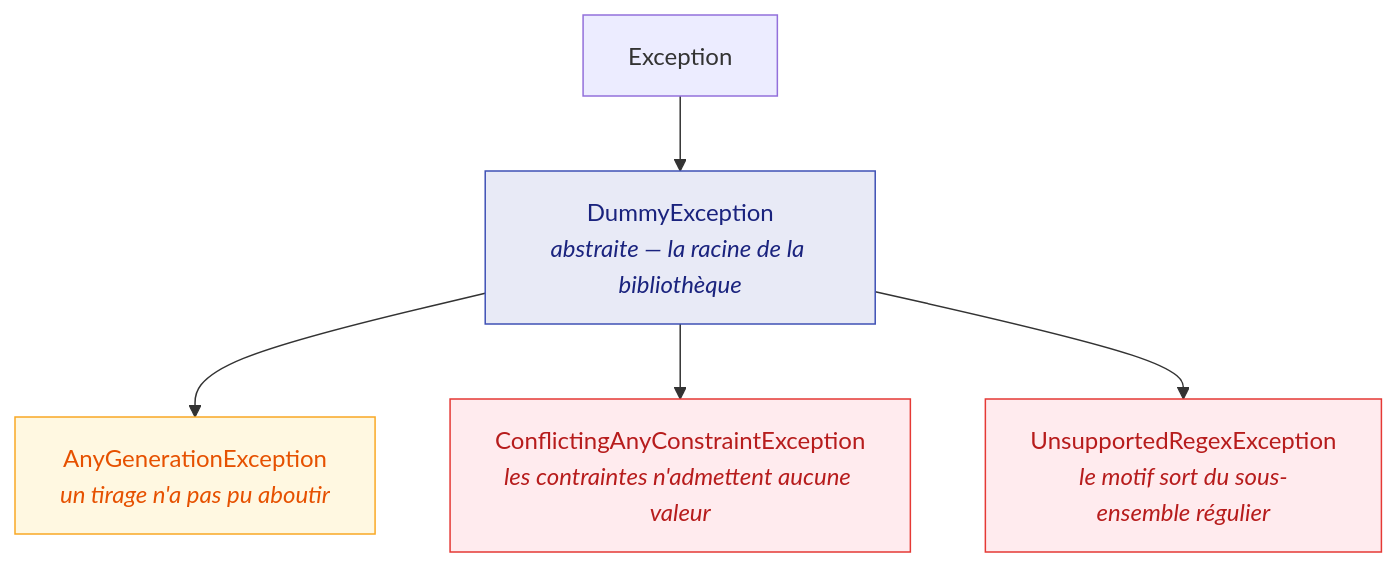
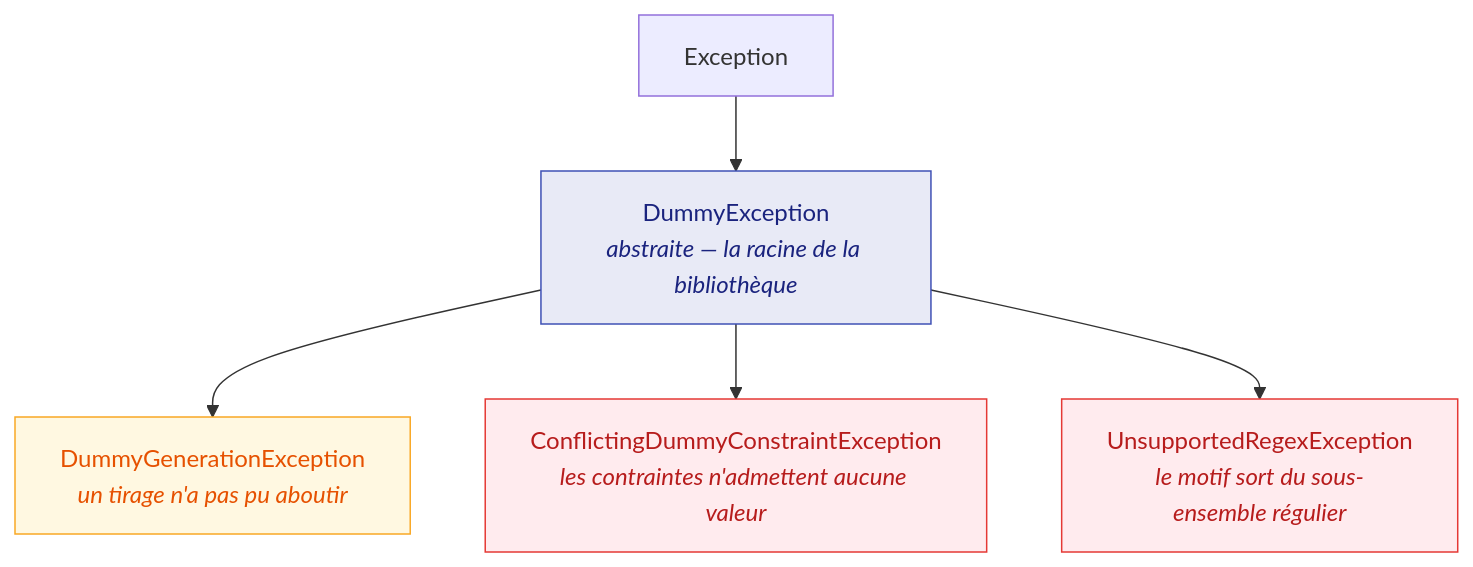
Before and after one commit to Reefact/just-dummies: the diagram in doc/handwritten/for-users/guides/errors-and-conflicts.fr.md, drawn with Mermaid. The commit also changed other lines of this file and 755 other files, not shown here.

````diff
--- a/doc/handwritten/for-users/guides/errors-and-conflicts.fr.md
+++ b/doc/handwritten/for-users/guides/errors-and-conflicts.fr.md
@@ -12,13 +12,13 @@
 ```mermaid
 flowchart TD
     accTitle: La hiérarchie d'exceptions de la bibliothèque
-    accDescr: DummyException est abstraite et dérive d'Exception. Trois types concrets en dérivent. AnyGenerationException, quand un tirage n'a pas pu aboutir. ConflictingAnyConstraintException, quand les contraintes n'admettent aucune valeur. UnsupportedRegexException, quand le motif sort du sous-ensemble régulier.
+    accDescr: DummyException est abstraite et dérive d'Exception. Trois types concrets en dérivent. DummyGenerationException, quand un tirage n'a pas pu aboutir. ConflictingDummyConstraintException, quand les contraintes n'admettent aucune valeur. UnsupportedRegexException, quand le motif sort du sous-ensemble régulier.
     E["Exception"] --> D["DummyException<br/><i>abstraite — la racine de la bibliothèque</i>"]
-    D --> A["AnyGenerationException<br/><i>un tirage n'a pas pu aboutir</i>"]
-    D --> C["ConflictingAnyConstraintException<br/><i>les contraintes n'admettent aucune valeur</i>"]
+    D --> A["DummyGenerationException<br/><i>un tirage n'a pas pu aboutir</i>"]
+    D --> C["ConflictingDummyConstraintException<br/><i>les contraintes n'admettent aucune valeur</i>"]
     D --> U["UnsupportedRegexException<br/><i>le motif sort du sous-ensemble régulier</i>"]
     style D fill:#e8eaf6,stroke:#3f51b5,color:#1a237e
     style A fill:#fff8e1,stroke:#f9a825,color:#e65100
     style C fill:#ffebee,stroke:#e53935,color:#b71c1c
     style U fill:#ffebee,stroke:#e53935,color:#b71c1c
 ```
````
